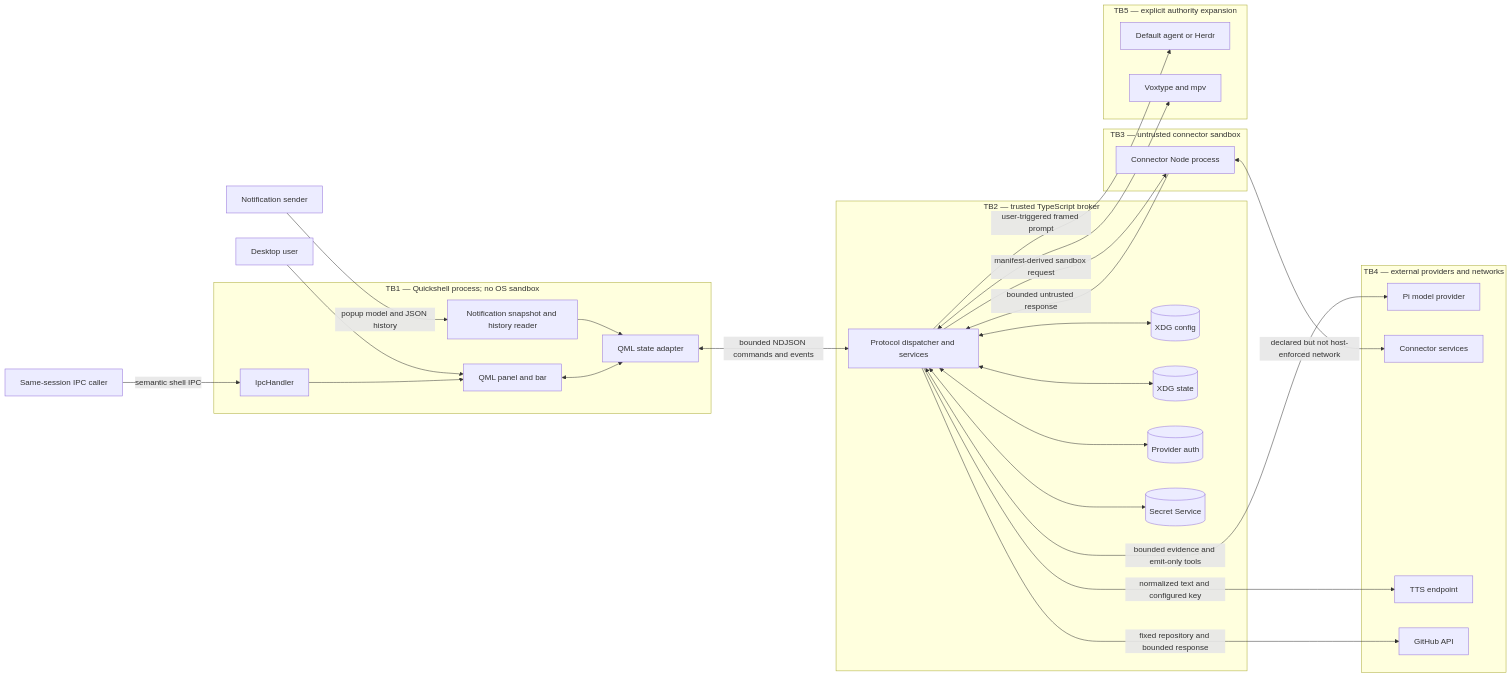
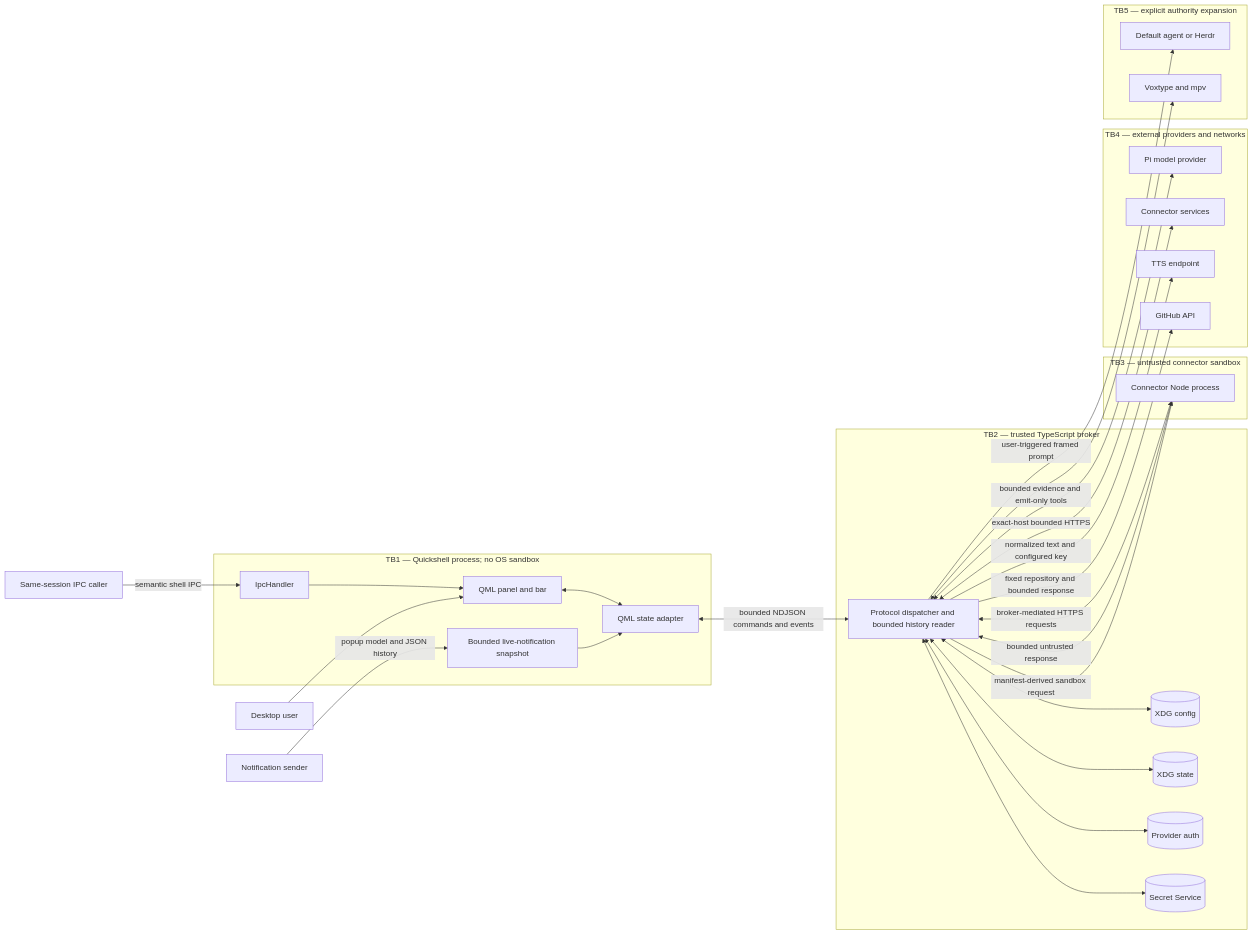
One commit to jacob-vincent-mink/omadigest changed the second of 3 diagrams in docs/threat-model.md. Above: the diagram before and after it, drawn with Mermaid. The commit also changed other lines of this file and 51 other files, not shown here.

````diff
--- a/docs/threat-model.md
+++ b/docs/threat-model.md
@@ -88,58 +90,59 @@
 ```mermaid
 flowchart LR
   User[Desktop user]
   App[Notification sender]
   Caller[Same-session IPC caller]
 
   subgraph TB1["TB1 — Quickshell process; no OS sandbox"]
     UI[QML panel and bar]
     IPC[IpcHandler]
-    Snapshot[Notification snapshot and history reader]
+    Snapshot[Bounded live-notification snapshot]
     Store[QML state adapter]
   end
 
   subgraph TB2["TB2 — trusted TypeScript broker"]
-    Broker[Protocol dispatcher and services]
+    Broker[Protocol dispatcher and bounded history reader]
     Config[(XDG config)]
     State[(XDG state)]
     Auth[(Provider auth)]
     Keyring[(Secret Service)]
   end
 
   subgraph TB3["TB3 — untrusted connector sandbox"]
     Connector[Connector Node process]
   end
 
   subgraph TB4["TB4 — external providers and networks"]
     Model[Pi model provider]
     Remote[Connector services]
     TTS[TTS endpoint]
     GitHub[GitHub API]
   end
 
   subgraph TB5["TB5 — explicit authority expansion"]
     DefaultAgent[Default agent or Herdr]
     Voice[Voxtype and mpv]
   end
 
   User --> UI
   App -->|popup model and JSON history| Snapshot
   Caller -->|semantic shell IPC| IPC
   IPC --> UI
   Snapshot --> Store
   UI <--> Store
   Store <-->|bounded NDJSON commands and events| Broker
 
   Broker <--> Config
   Broker <--> State
   Broker <--> Auth
   Broker <--> Keyring
   Broker -->|manifest-derived sandbox request| Connector
   Connector -->|bounded untrusted response| Broker
-  Connector <-->|declared but not host-enforced network| Remote
+  Connector <-->|broker-mediated HTTPS requests| Broker
+  Broker <-->|exact-host bounded HTTPS| Remote
   Broker <-->|bounded evidence and emit-only tools| Model
   Broker -->|normalized text and configured key| TTS
   Broker -->|fixed repository and bounded response| GitHub
   Broker -->|user-triggered framed prompt| DefaultAgent
   Broker <--> Voice
 ```
````
